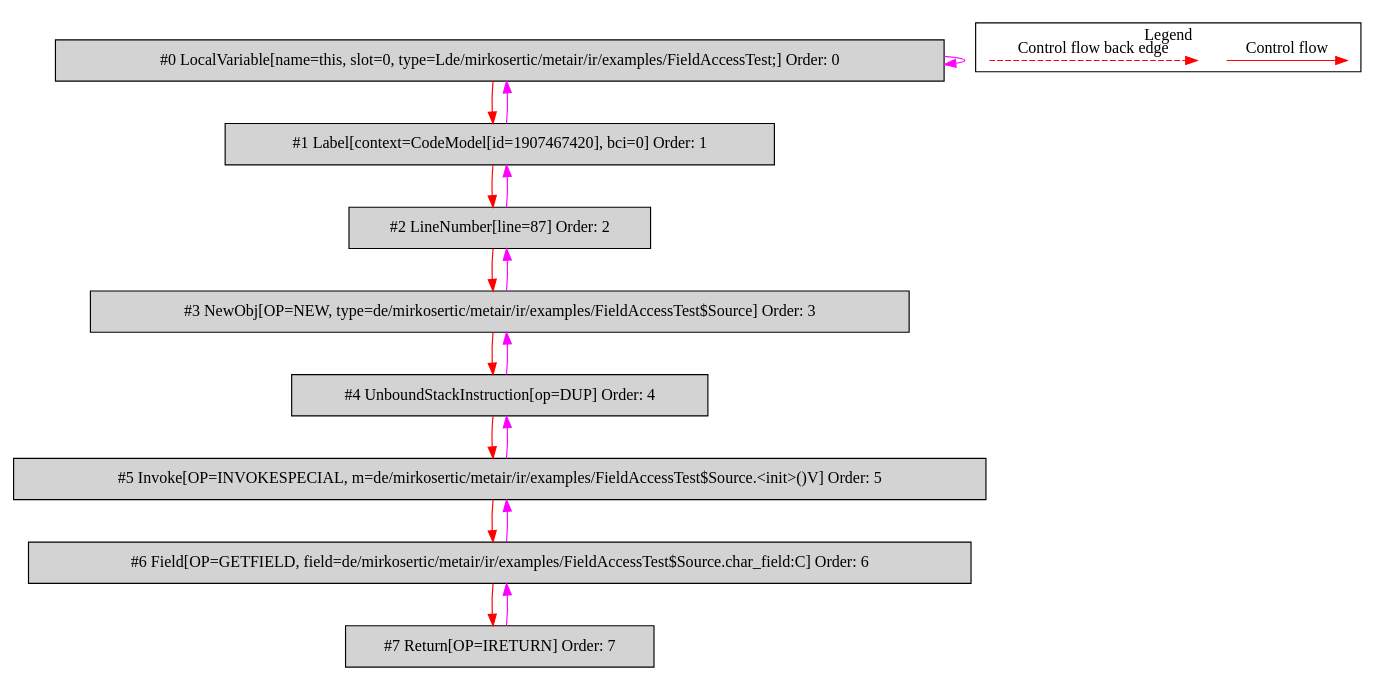
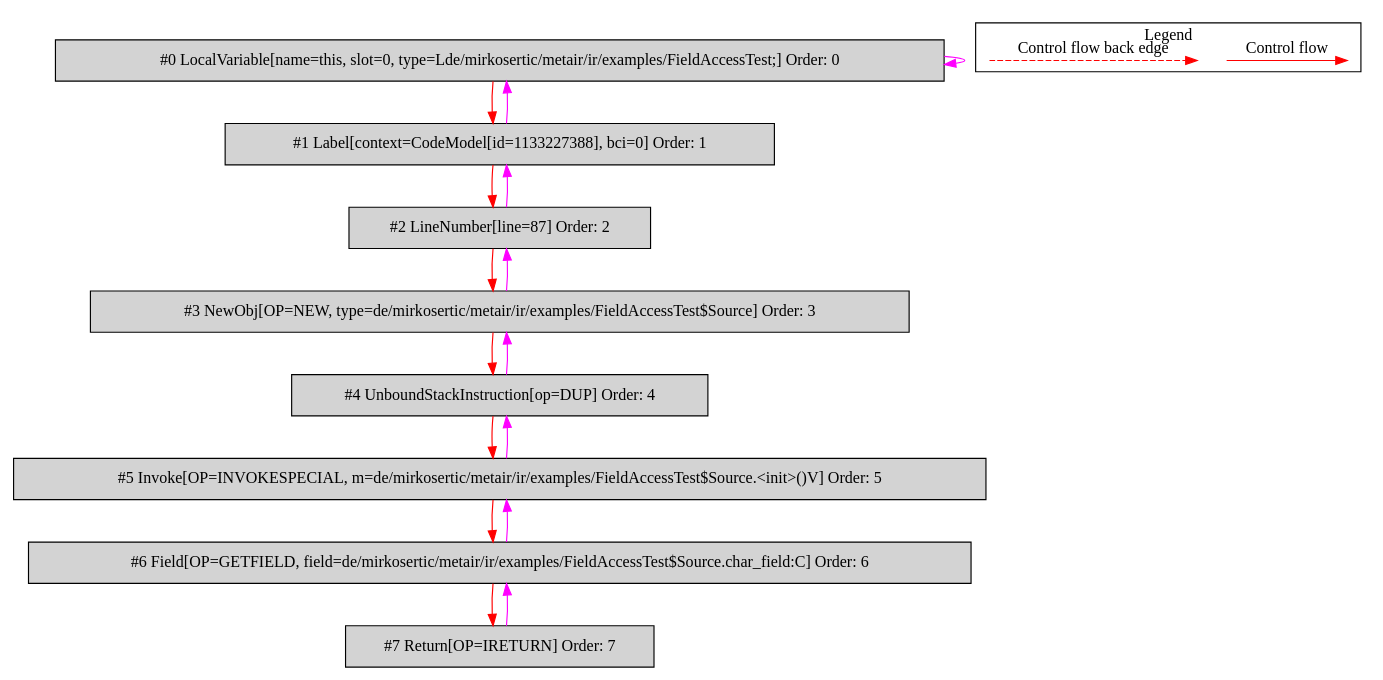
One commit to mirkosertic/MetaIR changed the diagram in de.mirkosertic.metair.ir.examples.FieldAccessTest/return_char/bytecodecfg.dot. Above: the diagram before and after it, drawn with Graphviz. The commit also changed 508 other files, not shown here.

```diff
--- a/de.mirkosertic.metair.ir.examples.FieldAccessTest/return_char/bytecodecfg.dot
+++ b/de.mirkosertic.metair.ir.examples.FieldAccessTest/return_char/bytecodecfg.dot
@@ -1,40 +1,40 @@
 digraph {
  ordering="in";
  node0[label="#0 LocalVariable[name=this, slot=0, type=Lde/mirkosertic/metair/ir/examples/FieldAccessTest;] Order: 0", shape=box, fillcolor=lightgrey, style=filled];
- node1[label="#1 Label[context=CodeModel[id=1907467420], bci=0] Order: 1", shape=box, fillcolor=lightgrey, style=filled];
+ node1[label="#1 Label[context=CodeModel[id=1133227388], bci=0] Order: 1", shape=box, fillcolor=lightgrey, style=filled];
  node2[label="#2 LineNumber[line=87] Order: 2", shape=box, fillcolor=lightgrey, style=filled];
  node3[label="#3 NewObj[OP=NEW, type=de/mirkosertic/metair/ir/examples/FieldAccessTest$Source] Order: 3", shape=box, fillcolor=lightgrey, style=filled];
  node4[label="#4 UnboundStackInstruction[op=DUP] Order: 4", shape=box, fillcolor=lightgrey, style=filled];
  node5[label="#5 Invoke[OP=INVOKESPECIAL, m=de/mirkosertic/metair/ir/examples/FieldAccessTest$Source.<init>()V] Order: 5", shape=box, fillcolor=lightgrey, style=filled];
  node6[label="#6 Field[OP=GETFIELD, field=de/mirkosertic/metair/ir/examples/FieldAccessTest$Source.char_field:C] Order: 6", shape=box, fillcolor=lightgrey, style=filled];
  node7[label="#7 Return[OP=IRETURN] Order: 7", shape=box, fillcolor=lightgrey, style=filled];
  node0 -> node0[color=fuchsia];
  node0 -> node1[color=red];
  node1 -> node0[color=fuchsia];
  node1 -> node2[color=red];
  node2 -> node1[color=fuchsia];
  node2 -> node3[color=red];
  node3 -> node2[color=fuchsia];
  node3 -> node4[color=red];
  node4 -> node3[color=fuchsia];
  node4 -> node5[color=red];
  node5 -> node4[color=fuchsia];
  node5 -> node6[color=red];
  node6 -> node5[color=fuchsia];
  node6 -> node7[color=red];
  node7 -> node6[color=fuchsia];
  subgraph cluster_000 {
   label = "Legend";
   node [shape=point]
   {
    rank=same;
    c0 [style = invis];
    c1 [style = invis];
    c2 [style = invis];
    c3 [style = invis];
   }
   c0 -> c1 [label="Control flow", style=solid, color=red]
   c2 -> c3 [label="Control flow back edge", style=dashed, color=red]
  }
 
 }
```
